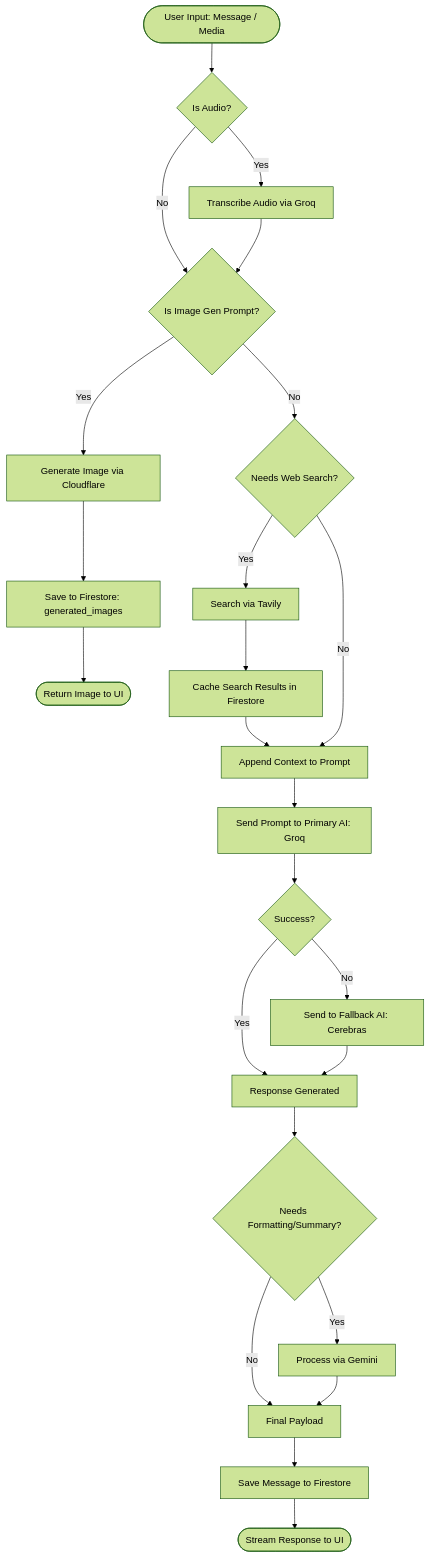
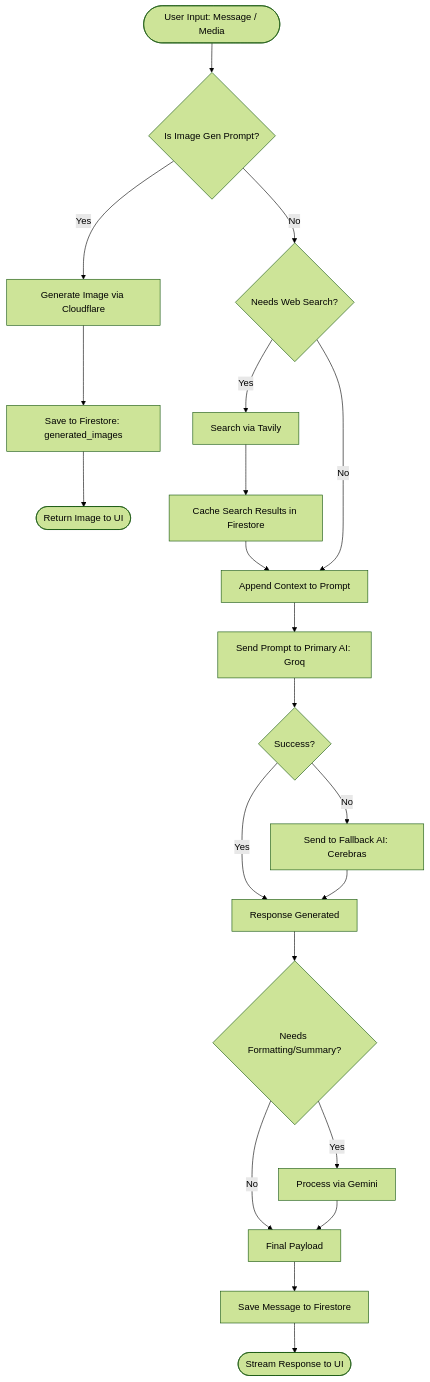
The third of 3 diagrams in documents.md (worsarise-gif/Chrono), drawn with Mermaid (forest theme) before and after one commit. The commit also changed other lines of this file and 3 other files, not shown here.

````diff
--- a/documents.md
+++ b/documents.md
@@ -86,31 +85,28 @@
 ```mermaid
 flowchart TD
-    A([User Input: Message / Media]) --> B{Is Audio?}
-    B -- Yes --> C[Transcribe Audio via Groq]
-    B -- No --> D{Is Image Gen Prompt?}
-    C --> D
+    A([User Input: Message / Media]) --> D{Is Image Gen Prompt?}
 
     D -- Yes --> E[Generate Image via Cloudflare]
     E --> F[Save to Firestore: generated_images]
     F --> G([Return Image to UI])
 
     D -- No --> H{Needs Web Search?}
     H -- Yes --> I[Search via Tavily]
     I --> J[Cache Search Results in Firestore]
     J --> K[Append Context to Prompt]
     H -- No --> K
 
     K --> L[Send Prompt to Primary AI: Groq]
     L --> M{Success?}
     M -- No --> N[Send to Fallback AI: Cerebras]
     M -- Yes --> O[Response Generated]
     N --> O
 
     O --> P{Needs Formatting/Summary?}
     P -- Yes --> Q[Process via Gemini]
     P -- No --> R[Final Payload]
     Q --> R
 
     R --> S[Save Message to Firestore]
     S --> T([Stream Response to UI])
 ```
````
